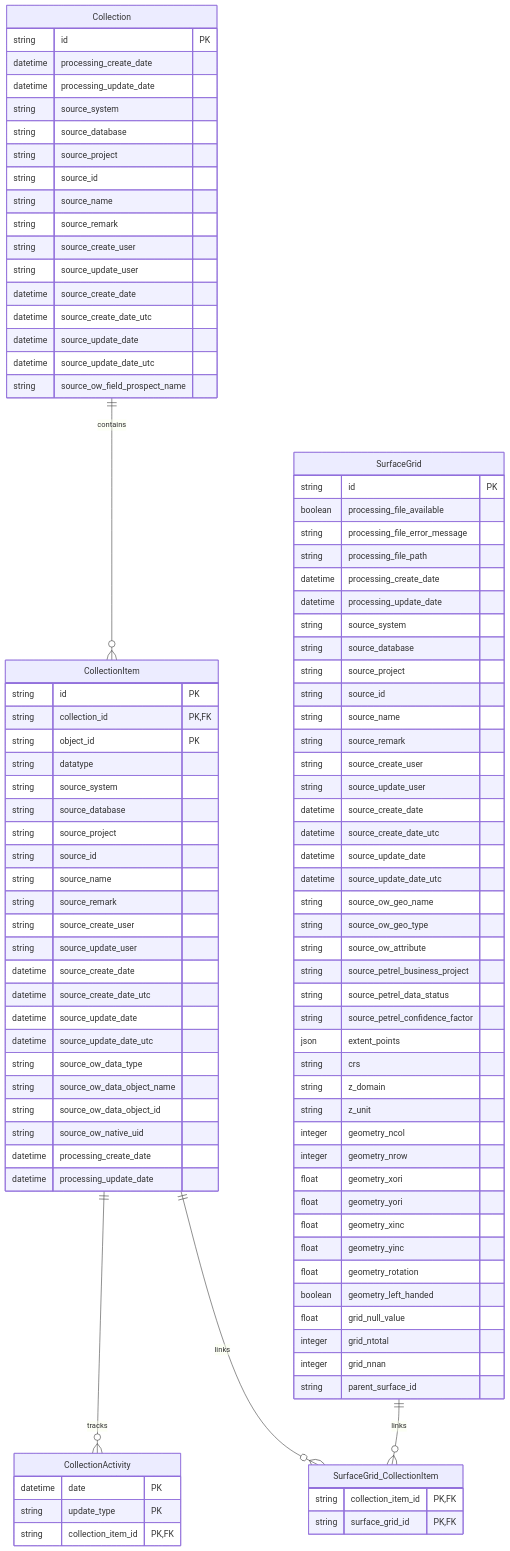
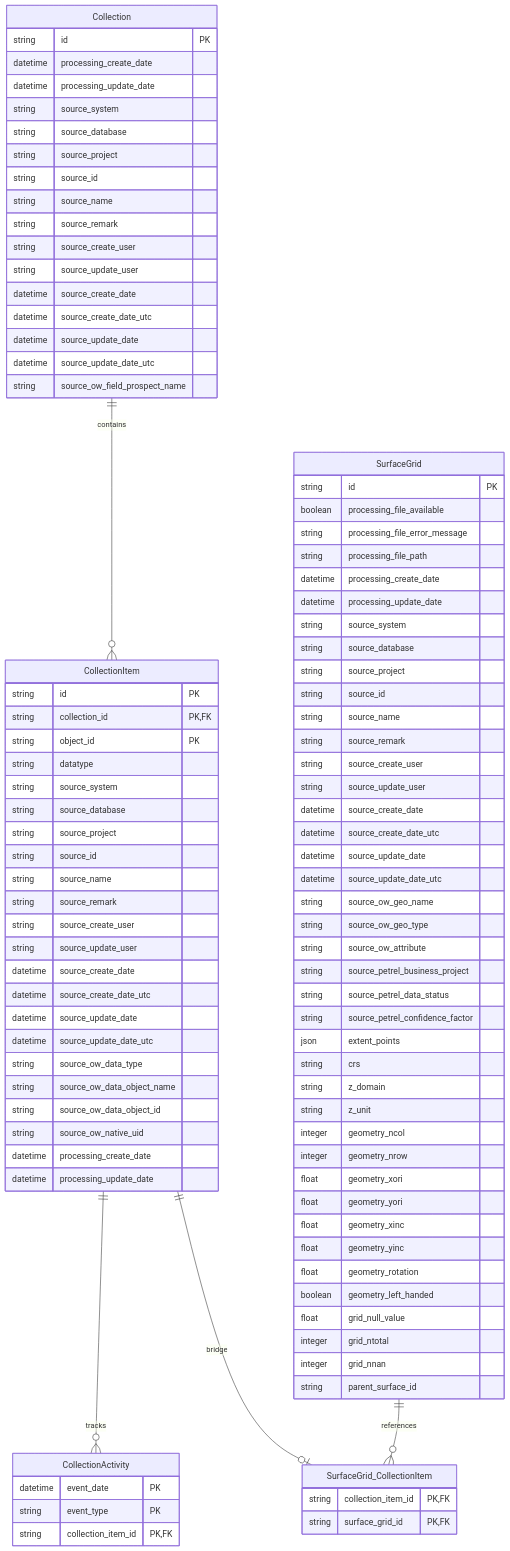
The diagram in docs/database_model.md (equinor/interpretation-models), drawn with Mermaid before and after one commit. The commit also changed 3 other files, not shown here.

````diff
--- a/docs/database_model.md
+++ b/docs/database_model.md
@@ -88,8 +88,8 @@
     }
 
     CollectionActivity {
-        datetime date PK
-        string update_type PK
+        datetime event_date PK
+        string event_type PK
         string collection_item_id PK, FK
     }
 
@@ -100,6 +100,6 @@
 
     Collection ||--o{ CollectionItem : "contains"
     CollectionItem ||--o{ CollectionActivity : "tracks"
-    CollectionItem ||--o{ SurfaceGrid_CollectionItem : "links"
-    SurfaceGrid ||--o{ SurfaceGrid_CollectionItem : "links"
+    CollectionItem ||--o| SurfaceGrid_CollectionItem : "bridge"
+    SurfaceGrid ||--o{ SurfaceGrid_CollectionItem : "references"
 ```
````
